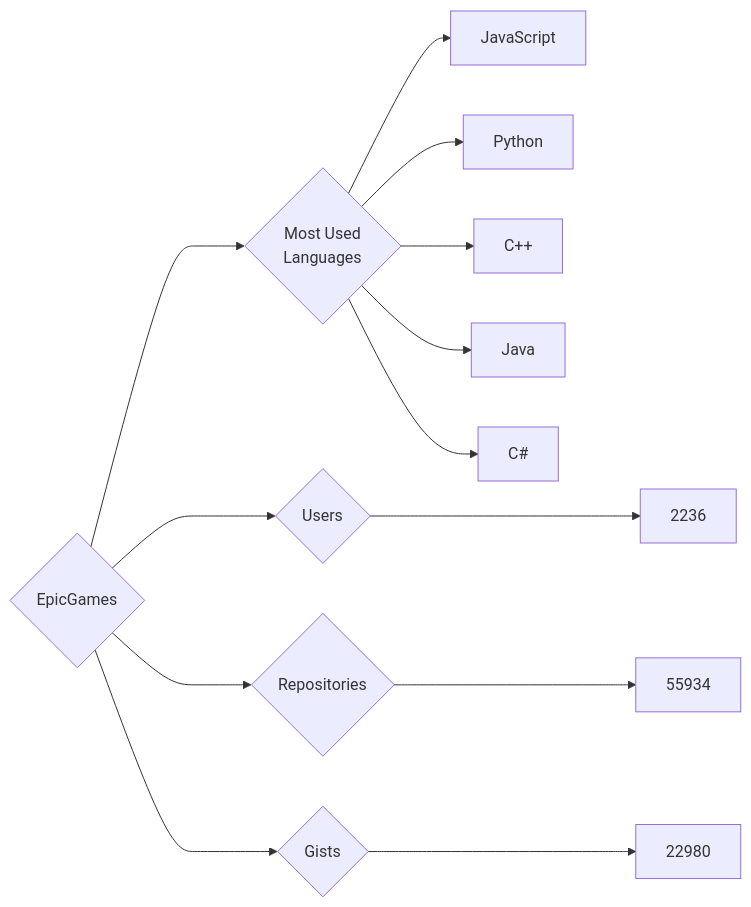
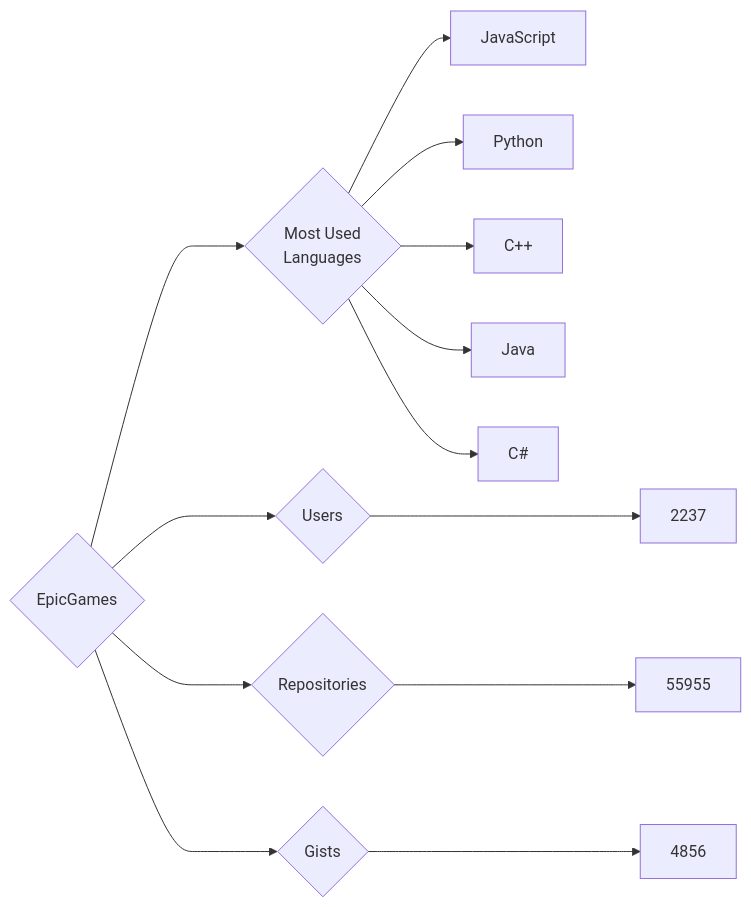
One commit to trickest/insiders changed the diagram in targets/EpicGames/README.md. Above: the diagram before and after it, drawn with Mermaid. The commit also changed 833 other files, not shown here.

````diff
--- a/targets/EpicGames/README.md
+++ b/targets/EpicGames/README.md
@@ -3,13 +3,13 @@
 ```mermaid
 graph LR
 COMPANY_NAME{EpicGames}
-COMPANY_NAME ---> U{Users} ---> UN[2236]
-COMPANY_NAME ---> R{Repositories} ---> RN[55934]
-COMPANY_NAME ---> G{Gists} ---> GN[22980]
+COMPANY_NAME ---> U{Users} ---> UN[2237]
+COMPANY_NAME ---> R{Repositories} ---> RN[55955]
+COMPANY_NAME ---> G{Gists} ---> GN[4856]
 COMPANY_NAME ---> ML{Most Used<br>Languages}
 ML --> JavaScript[JavaScript]
 ML --> Python[Python]
 ML --> C++[C++]
 ML --> Java[Java]
 ML --> C#[C#]
 ```
````
